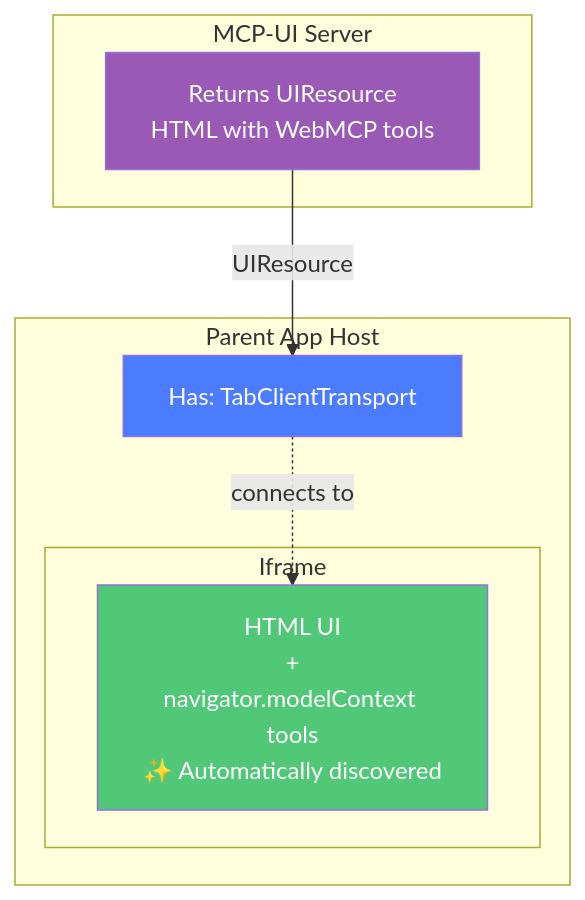
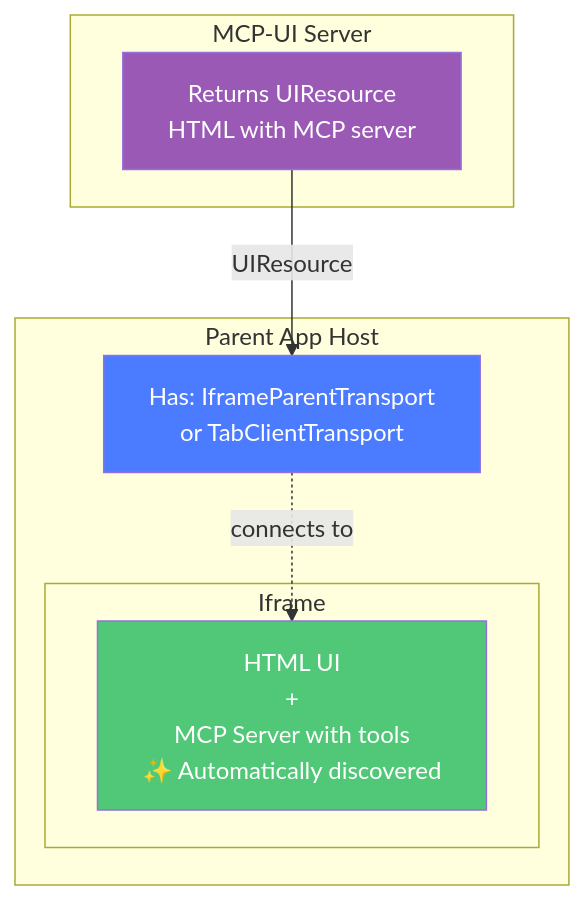
Before and after one commit to WebMCP-org/docs: the diagram in mcpui-webmcp-integration.mdx, drawn with Mermaid. The commit also changed other lines of this file and 1 other file, not shown here.

First line of the commit message:
docs: add iframe transport documentation and mcp-ui integration examples

````diff
--- a/mcpui-webmcp-integration.mdx
+++ b/mcpui-webmcp-integration.mdx
@@ -15,22 +15,22 @@
 ```mermaid
 graph TB
     subgraph "MCP-UI Server"
-        A[Returns UIResource<br/>HTML with WebMCP tools]
+        A[Returns UIResource<br/>HTML with MCP server]
     end
 
     subgraph "Parent App Host"
-        B[Has: TabClientTransport]
+        B[Has: IframeParentTransport<br/>or TabClientTransport]
 
         subgraph "Iframe"
-            C[HTML UI<br/>+<br/>navigator.modelContext tools<br/>✨ Automatically discovered]
+            C[HTML UI<br/>+<br/>MCP Server with tools<br/>✨ Automatically discovered]
         end
 
         B -.->|connects to| C
     end
 
     A -->|UIResource| B
 
     style A fill:#9B59B6,color:#fff
     style B fill:#4B7BFF,color:#fff
     style C fill:#50C878,color:#fff
 ```
````
